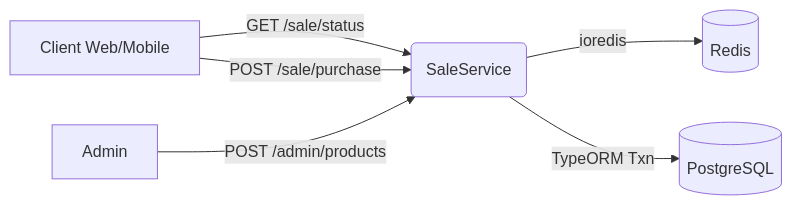
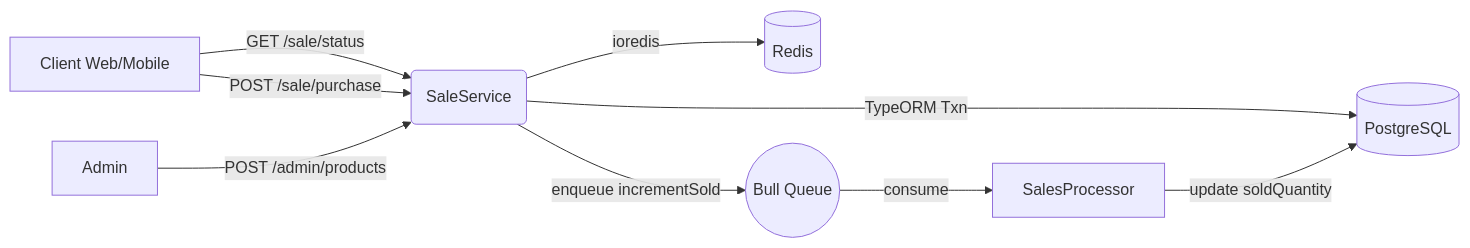
Before and after one commit to tothang/bookipi-test: the diagram in README.md, drawn with Mermaid. The commit also changed other lines of this file and 12 other files, not shown here.

````diff
--- a/README.md
+++ b/README.md
@@ -6,9 +6,14 @@
 ```mermaid
 flowchart LR
   C[Client Web/Mobile] -->|GET /sale/status| S(SaleService)
   C -->|POST /sale/purchase| S
   A[Admin] -->|POST /admin/products| S
 
   S -->|ioredis| R[(Redis)]
   S -->|TypeORM Txn| DB[(PostgreSQL)]
+
+  %% Queue for post-commit updates
+  S -- enqueue incrementSold --> Q((Bull Queue))
+  Q -- consume --> P[SalesProcessor]
+  P -- update soldQuantity --> DB
 ```
````
